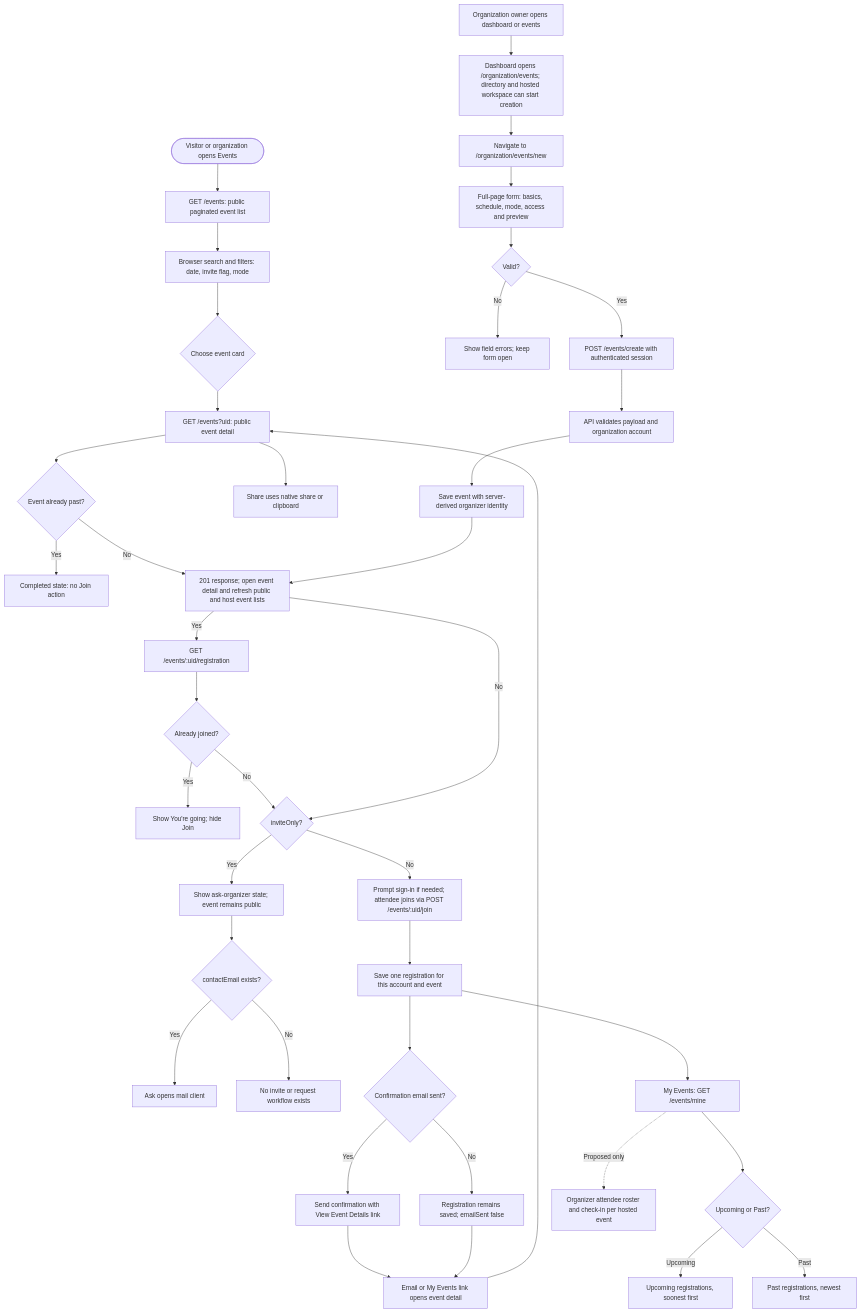
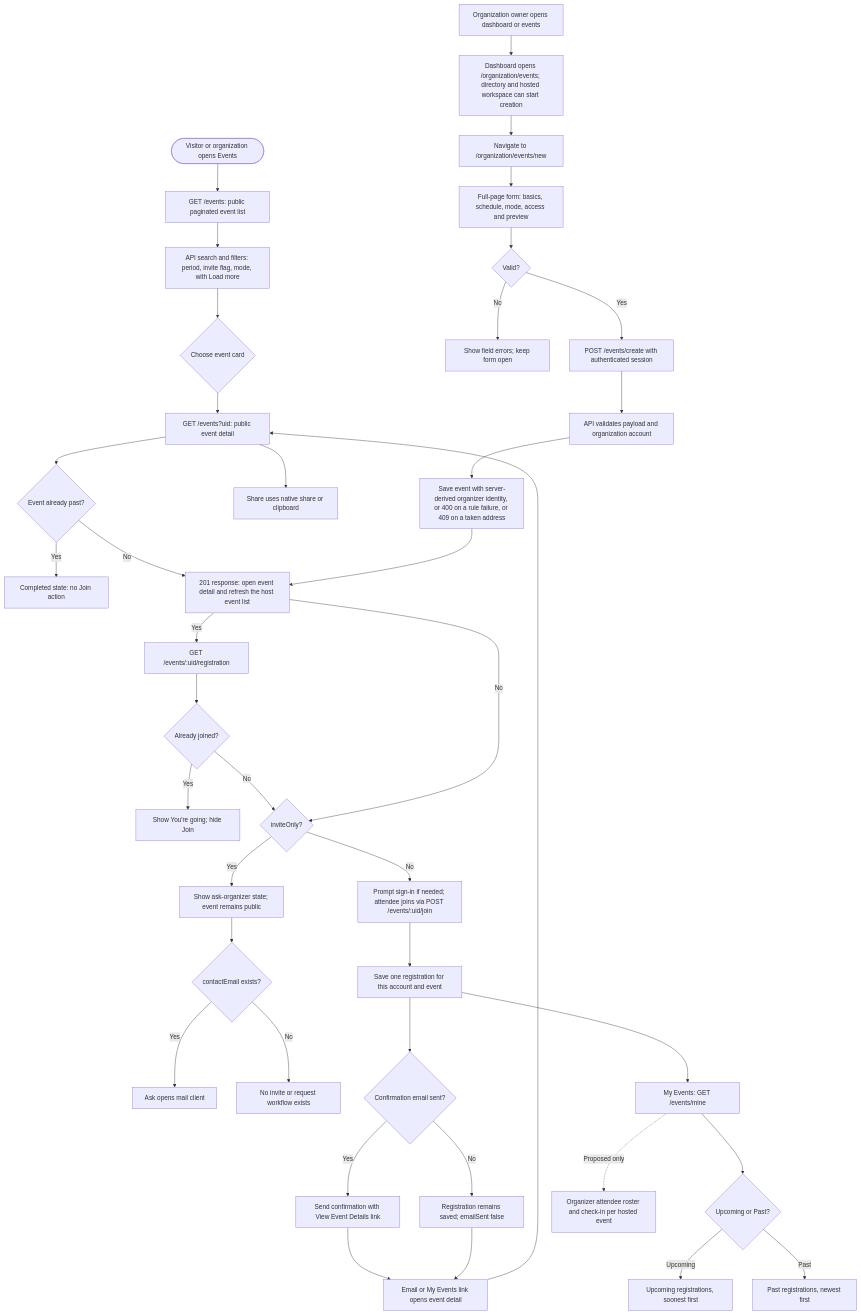
Before and after one commit to karmacircleCommunity/KarmaCircle: the diagram in docs/specs/events.md, drawn with Mermaid. The commit also changed other lines of this file and 14 other files, not shown here.

````diff
--- a/docs/specs/events.md
+++ b/docs/specs/events.md
@@ -62,42 +67,42 @@
 ```mermaid
 flowchart TD
     A([Visitor or organization opens Events]) --> B[GET /events: public paginated event list]
-    B --> C[Browser search and filters: date, invite flag, mode]
+    B --> C[API search and filters: period, invite flag, mode, with Load more]
     C --> D{Choose event card}
     D --> E[GET /events?uid: public event detail]
     E --> F{Event already past?}
     F -->|Yes| G[Completed state: no Join action]
     F -->|No| X{Signed in?}
     X -->|Yes| Y[GET /events/:uid/registration]
     Y --> Z{Already joined?}
     Z -->|Yes| AA[Show You're going; hide Join]
     Z -->|No| H{inviteOnly?}
     X -->|No| H
     H -->|Yes| I[Show ask-organizer state; event remains public]
     I --> J{contactEmail exists?}
     J -->|Yes| K[Ask opens mail client]
     J -->|No| L[No invite or request workflow exists]
     H -->|No| M[Prompt sign-in if needed; attendee joins via POST /events/:uid/join]
     M --> N[Save one registration for this account and event]
     N --> EE{Confirmation email sent?}
     EE -->|Yes| EM[Send confirmation with View Event Details link]
     EE -->|No| EF[Registration remains saved; emailSent false]
     EM --> AB[Email or My Events link opens event detail]
     EF --> AB
     AB --> E
     E --> O[Share uses native share or clipboard]
     N --> ME[My Events: GET /events/mine]
     ME --> MP{Upcoming or Past?}
     MP -->|Upcoming| MU[Upcoming registrations, soonest first]
     MP -->|Past| MT[Past registrations, newest first]
     ME -.->|Proposed only| OR[Organizer attendee roster and check-in per hosted event]
     P[Organization owner opens dashboard or events] --> Q[Dashboard opens /organization/events; directory and hosted workspace can start creation]
     Q --> R[Navigate to /organization/events/new]
     R --> R2[Full-page form: basics, schedule, mode, access and preview]
     R2 --> S{Valid?}
     S -->|No| T[Show field errors; keep form open]
     S -->|Yes| U[POST /events/create with authenticated session]
     U --> V[API validates payload and organization account]
-    V --> W[Save event with server-derived organizer identity]
-    W --> X[201 response; open event detail and refresh public and host event lists]
+    V --> W[Save event with server-derived organizer identity, or 400 on a rule failure, or 409 on a taken address]
+    W --> X[201 response: open event detail and refresh the host event list]
 ```
````
